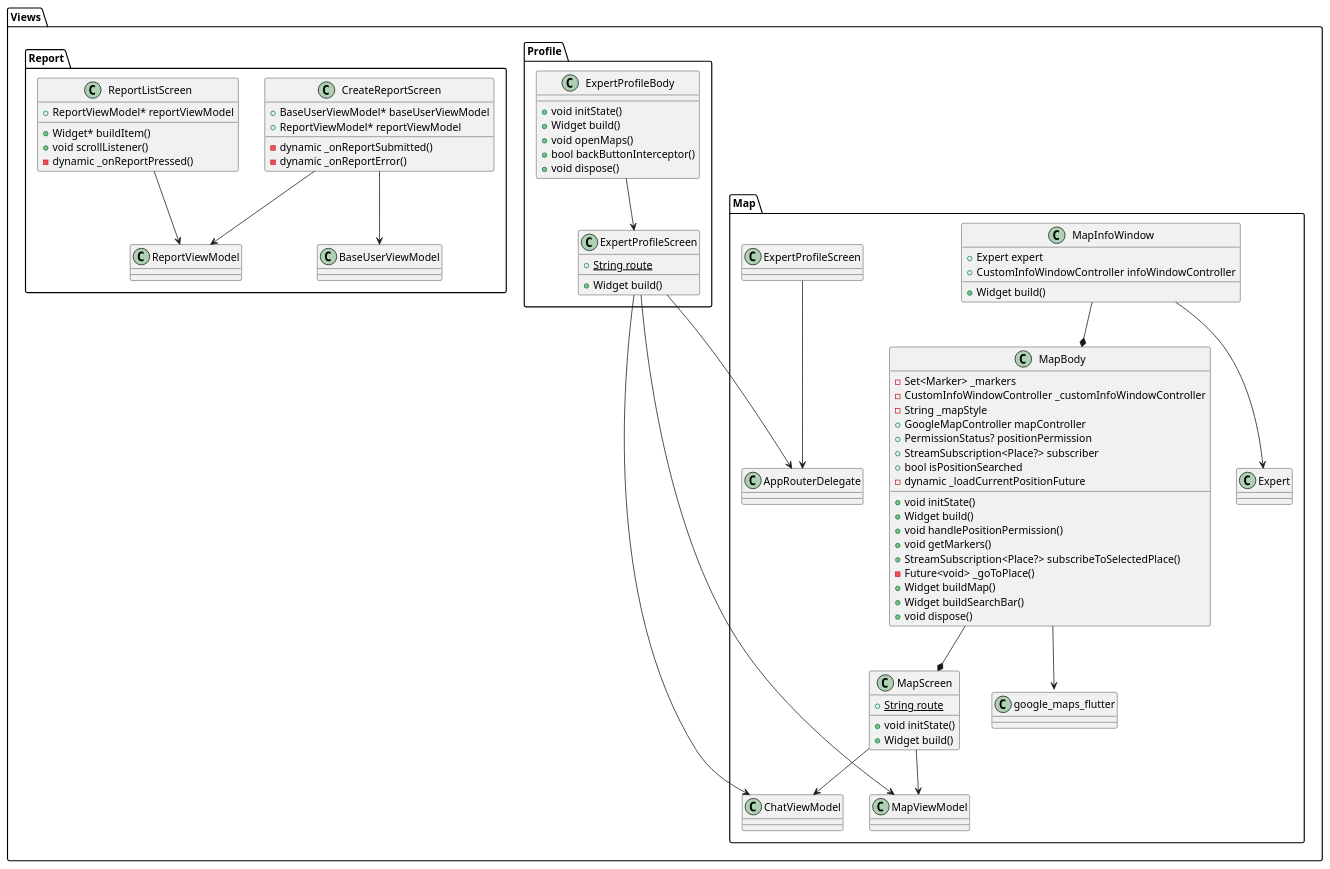
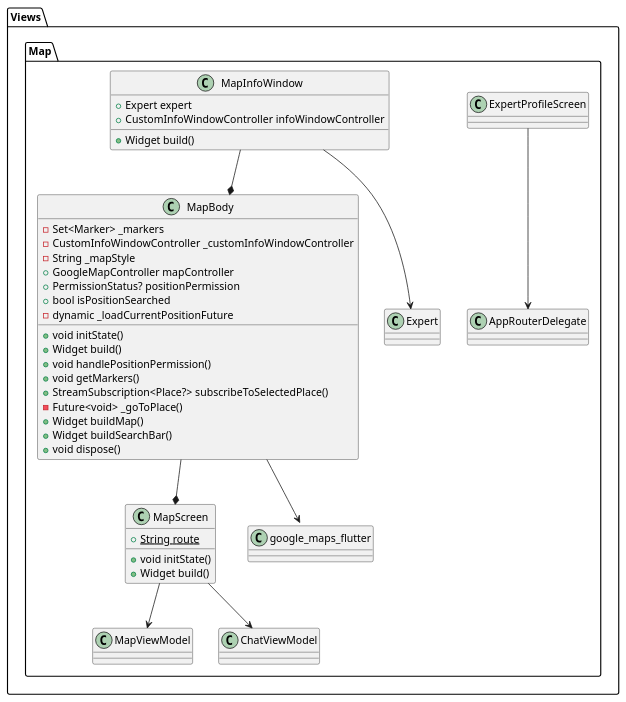
One commit to simoneghiazzi/DIMA changed the diagram in docs/View/uml_views9.puml. Above: the diagram before and after it, drawn with PlantUML. The commit also changed 8 other files, not shown here.

Commit message:
uml final png

```diff
--- a/docs/View/uml_views9.puml
+++ b/docs/View/uml_views9.puml
@@ -1,82 +1,43 @@
 @startuml ViwesUML
 package Views {
     package Map {
         class "MapScreen" {
             {static} +String route
             +void initState()
             +Widget build()
         }
         "MapScreen" --> "MapViewModel"
         "MapScreen" --> "ChatViewModel"
         "ExpertProfileScreen" --> "AppRouterDelegate"
 
         class "MapBody" {
             -Set<Marker> _markers
             -CustomInfoWindowController _customInfoWindowController
             -String _mapStyle
             +GoogleMapController mapController
             +PermissionStatus? positionPermission
-            +StreamSubscription<Place?> subscriber
             +bool isPositionSearched
             -dynamic _loadCurrentPositionFuture
             +void initState()
             +Widget build()
             +void handlePositionPermission()
             +void getMarkers()
             +StreamSubscription<Place?> subscribeToSelectedPlace()
             -Future<void> _goToPlace()
             +Widget buildMap()
             +Widget buildSearchBar()
             +void dispose()
         }
         "MapBody" --* "MapScreen"
         "MapBody" --> "google_maps_flutter::GoogleMapController"
 
         class "MapInfoWindow" {
             +Expert expert
             +CustomInfoWindowController infoWindowController
             +Widget build()
         }
         "MapInfoWindow" --* "MapBody"
         "MapInfoWindow" --> "Expert"
     }
-
-    package Profile {
-        class "ExpertProfileScreen" {
-            {static} +String route
-            +Widget build()
-        }
-        "ExpertProfileScreen" --> "MapViewModel"
-        "ExpertProfileScreen" --> "ChatViewModel"
-        "ExpertProfileScreen" --> "AppRouterDelegate"
-
-        class "ExpertProfileBody" {
-            +void initState()
-            +Widget build()
-            +void openMaps()
-            +bool backButtonInterceptor()
-            +void dispose()
-        }
-        "ExpertProfileBody" --> "ExpertProfileScreen"
-    }
-
-    package Report {
-        class "CreateReportScreen" {
-            +BaseUserViewModel* baseUserViewModel
-            +ReportViewModel* reportViewModel
-            -dynamic _onReportSubmitted()
-            -dynamic _onReportError()
-        }
-        "CreateReportScreen" --> "BaseUserViewModel"
-        "CreateReportScreen" --> "ReportViewModel"
-
-        class "ReportListScreen" {
-            +ReportViewModel* reportViewModel
-            +Widget* buildItem()
-            +void scrollListener()
-            -dynamic _onReportPressed()
-        }
-        "ReportListScreen" --> "ReportViewModel"
-    }
 }
 @enduml
```
